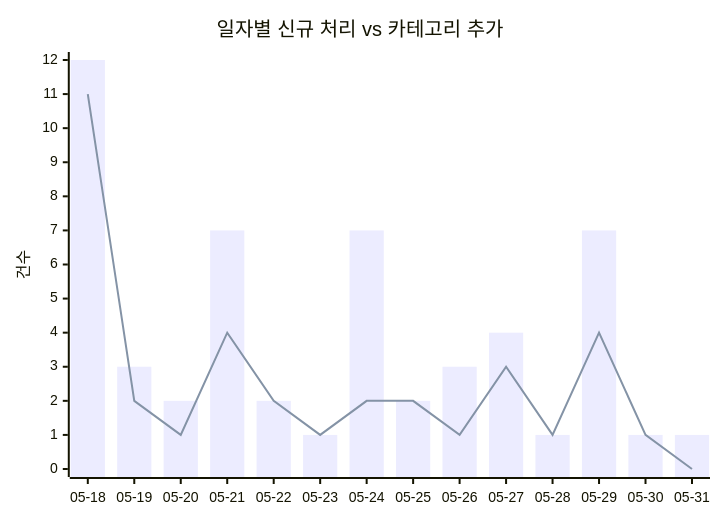
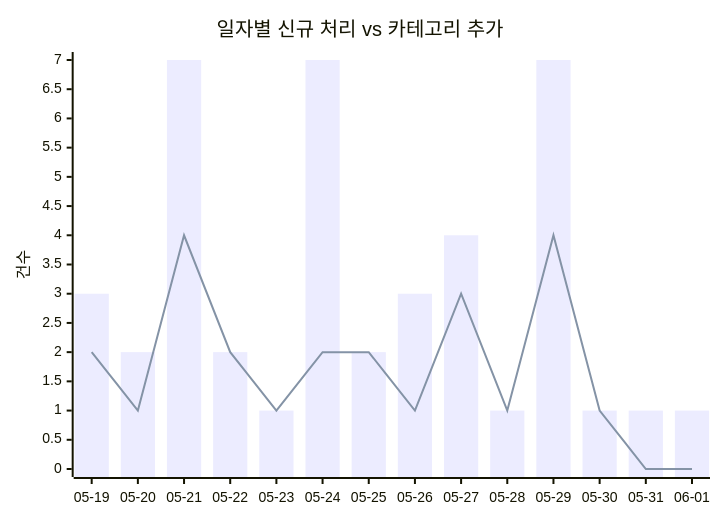
The first of 2 diagrams in docs/trends.md (J-nowcow/awesome-korean-agent-skills), drawn with Mermaid before and after one commit. The commit also changed other lines of this file and 27 other files, not shown here.

````diff
--- a/docs/trends.md
+++ b/docs/trends.md
@@ -32,8 +32,8 @@
 ```mermaid
 xychart-beta
     title "일자별 신규 처리 vs 카테고리 추가"
-    x-axis ["05-18","05-19","05-20","05-21","05-22","05-23","05-24","05-25","05-26","05-27","05-28","05-29","05-30","05-31"]
+    x-axis ["05-19","05-20","05-21","05-22","05-23","05-24","05-25","05-26","05-27","05-28","05-29","05-30","05-31","06-01"]
     y-axis "건수"
-    bar [12,3,2,7,2,1,7,2,3,4,1,7,1,1]
-    line [11,2,1,4,2,1,2,2,1,3,1,4,1,0]
+    bar [3,2,7,2,1,7,2,3,4,1,7,1,1,1]
+    line [2,1,4,2,1,2,2,1,3,1,4,1,0,0]
 ```
````
